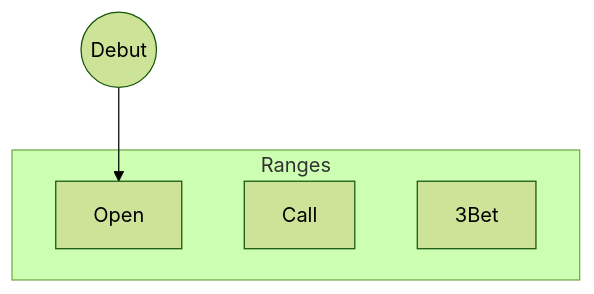
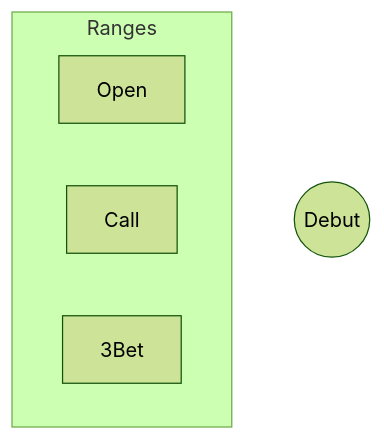
Before and after one commit to ilovepkr/beautiful-jekyll: the diagram in _posts/2018-09-01-start.md, drawn with Mermaid (forest theme). The commit also changed other lines of this file, not shown here.

Commit message:
_posts/2018-09-01-start.md updated from https://stackedit.io/

````diff
--- a/_posts/2018-09-01-start.md
+++ b/_posts/2018-09-01-start.md
@@ -62,9 +62,9 @@
 ```mermaid
 graph TB
-A((Debut)) --> Open
+A((Debut)) 
 subgraph Ranges
 Open
 Call
 3Bet
 end
 ```
````
